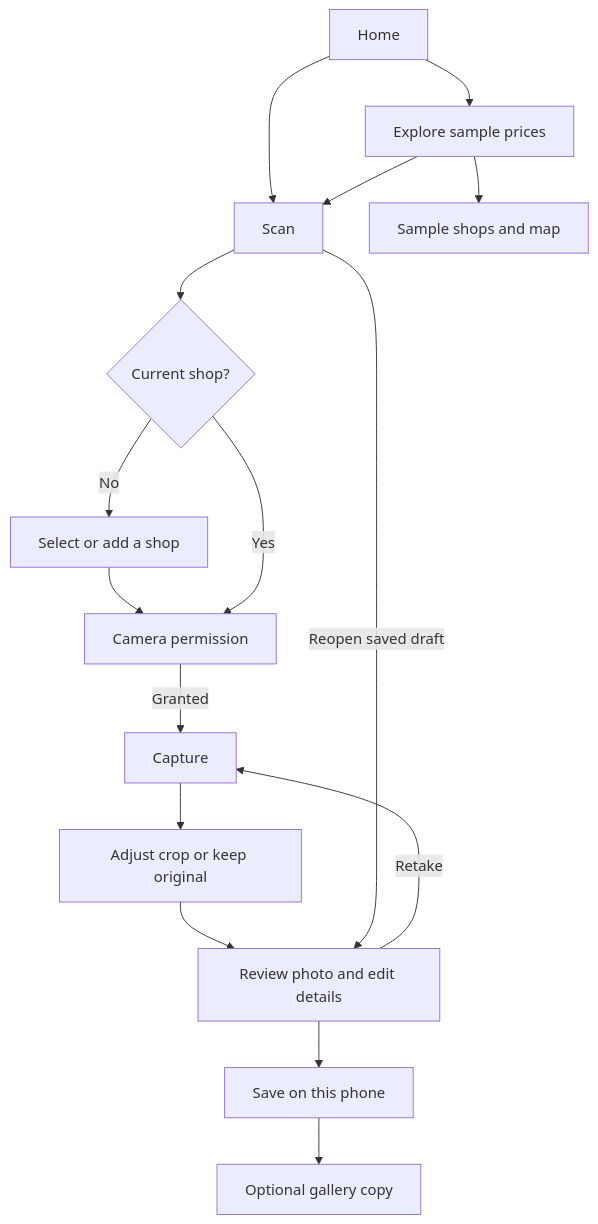
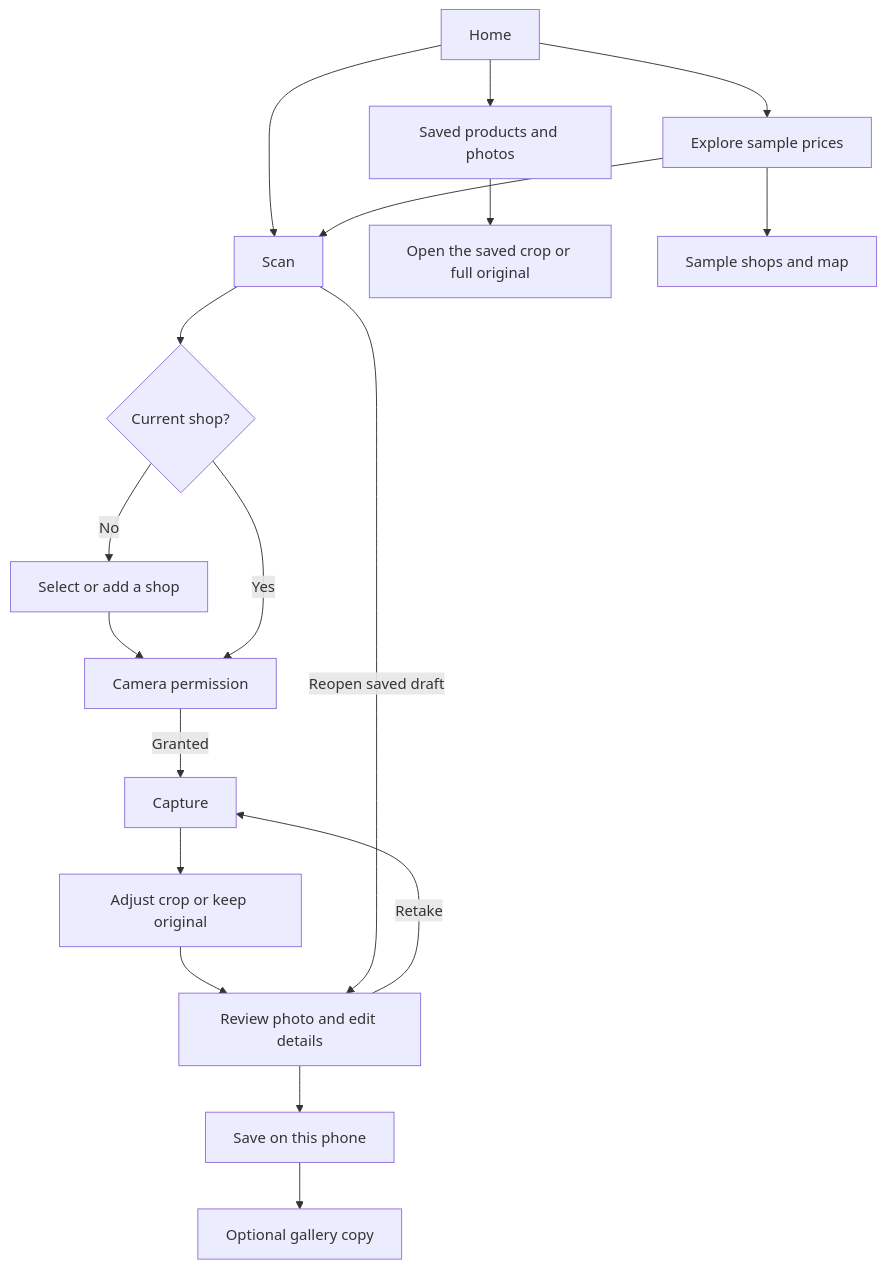
Before and after one commit to Maratatasan/cheapo-app: the diagram in docs/app-map.md, drawn with Mermaid. The commit also changed 6 other files, not shown here.

Commit message:
Show saved products and photos on the phone

````diff
--- a/docs/app-map.md
+++ b/docs/app-map.md
@@ -8,18 +8,20 @@
 ```mermaid
 flowchart TD
     Home --> Scan
     Scan --> CurrentShop{"Current shop?"}
     CurrentShop -->|No| ChooseShop["Select or add a shop"]
     ChooseShop --> Permission["Camera permission"]
     CurrentShop -->|Yes| Permission
     Permission -->|Granted| Capture
     Capture --> Crop["Adjust crop or keep original"]
     Crop --> Review["Review photo and edit details"]
     Review -->|Retake| Capture
     Review --> Save["Save on this phone"]
     Save --> Gallery["Optional gallery copy"]
+    Home --> Saved["Saved products and photos"]
+    Saved --> SavedPhoto["Open the saved crop or full original"]
     Scan -->|Reopen saved draft| Review
     Home --> Results["Explore sample prices"]
     Results --> Shops["Sample shops and map"]
     Results --> Scan
 ```
````
